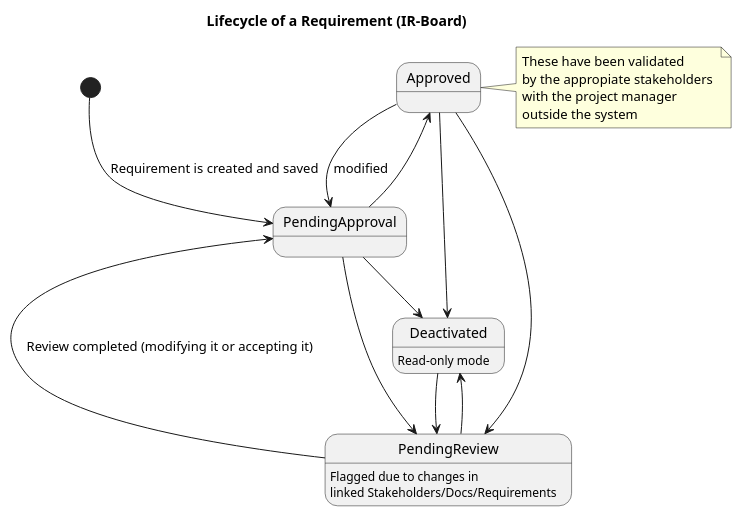
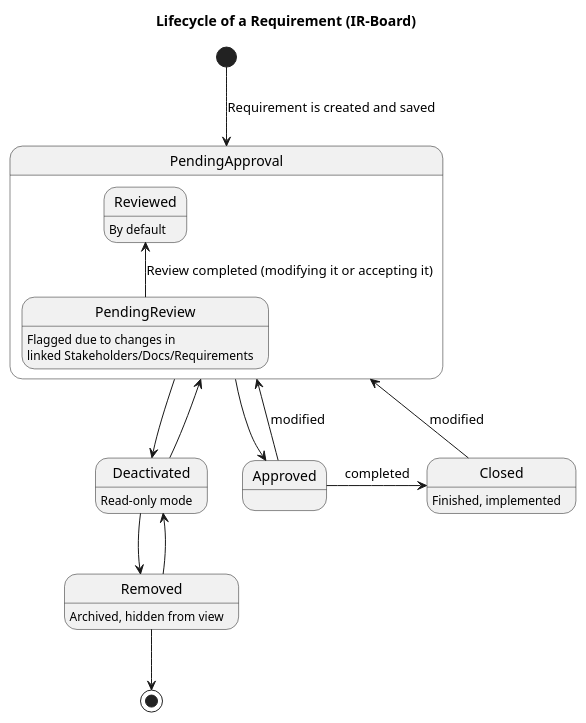
The diagram in docs/diagrams/RequirementStates.puml (Y4vra/IRBoard), drawn with PlantUML before and after one commit. The commit also changed 9 other files, not shown here.

Commit message:
feat: generates several new diagrams

```diff
--- a/docs/diagrams/RequirementStates.puml
+++ b/docs/diagrams/RequirementStates.puml
@@ -1,40 +1,39 @@
 @startuml RequirementStates
 title Lifecycle of a Requirement (IR-Board)
 
-state PendingApproval
-
-state PendingReview {
-  PendingReview : Flagged due to changes in 
-  PendingReview : linked Stakeholders/Docs/Requirements
+state PendingApproval{
+  state Reviewed : By default
+  state PendingReview {
+    PendingReview : Flagged due to changes in 
+    PendingReview : linked Stakeholders/Docs/Requirements
+  }
 }
 
 state Approved
-note right of Approved
-  These have been validated 
-  by the appropiate stakeholders 
-  with the project manager 
-  outside the system
-end note
+state Closed: Finished, implemented
 
-state Deactivated{
-  Deactivated : Read-only mode
-}
+state Deactivated : Read-only mode
+
+state Removed: Archived, hidden from view
+
 
 ' Transiciones
-[*] --> PendingApproval : Requirement is created and saved
+[*] -down-> PendingApproval : Requirement is created and saved
 
-PendingReview --> PendingApproval : Review completed (modifying it or accepting it)
-PendingApproval --> PendingReview 
+PendingReview -up-> Reviewed : Review completed (modifying it or accepting it)
 
-PendingApproval --> Approved 
-Approved --> PendingApproval : modified
-Approved --> PendingReview
+PendingApproval -right-> Approved 
+Approved -up-> PendingApproval : modified
 
-PendingApproval --> Deactivated 
-PendingReview --> Deactivated 
+Approved -right-> Closed : completed
+Closed -left-> PendingApproval : modified
 
-Approved --> Deactivated 
+PendingApproval -down-> Deactivated 
+Deactivated -up-> PendingApproval
 
-Deactivated --> PendingReview 
+Deactivated -down-> Removed
+Removed -up-> Deactivated
+
+Removed -down->[*]
 
 @enduml
```
